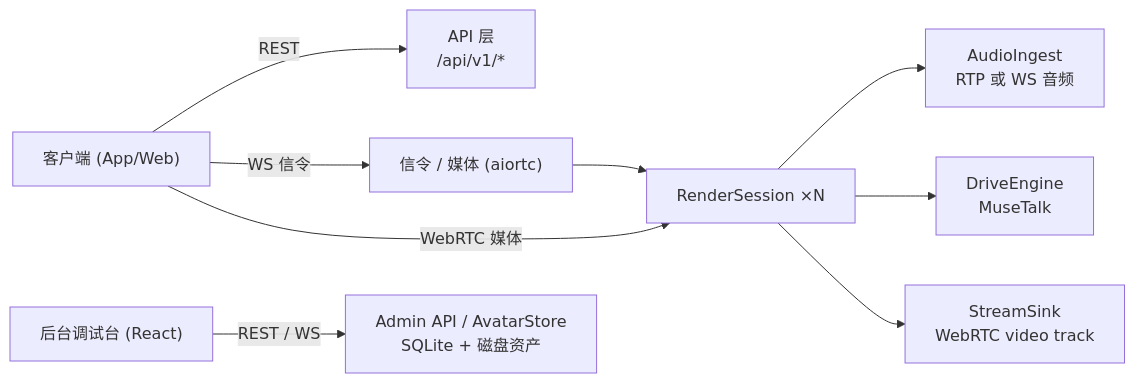
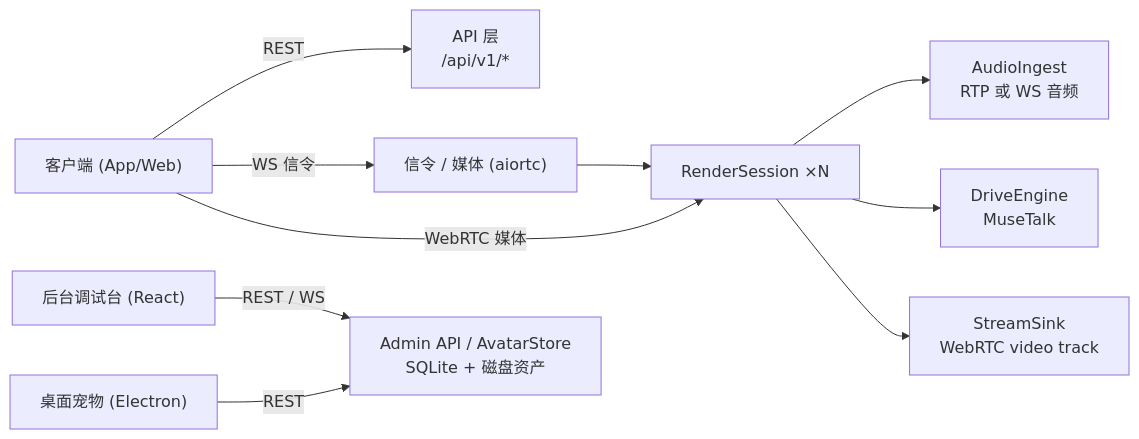
Before and after one commit to Dovahkiin8625/digital-human: the diagram in README.md, drawn with Mermaid. The commit also changed other lines of this file and 178 other files, not shown here.

````diff
--- a/README.md
+++ b/README.md
@@ -24,11 +46,12 @@
 ```mermaid
 flowchart LR
     C["客户端 (App/Web)"] -- REST --> API["API 层<br/>/api/v1/*"]
     C -- "WS 信令" --> SIG["信令 / 媒体 (aiortc)"]
     SIG --> RS["RenderSession ×N"]
     C -- "WebRTC 媒体" --> RS
     RS --> ING["AudioIngest<br/>RTP 或 WS 音频"]
     RS --> ENG["DriveEngine<br/>MuseTalk"]
     RS --> SINK["StreamSink<br/>WebRTC video track"]
     ADM["后台调试台 (React)"] -- "REST / WS" --> ADMIN["Admin API / AvatarStore<br/>SQLite + 磁盘资产"]
+    PET["桌面宠物 (Electron)"] -- "REST" --> ADMIN
 ```
````
